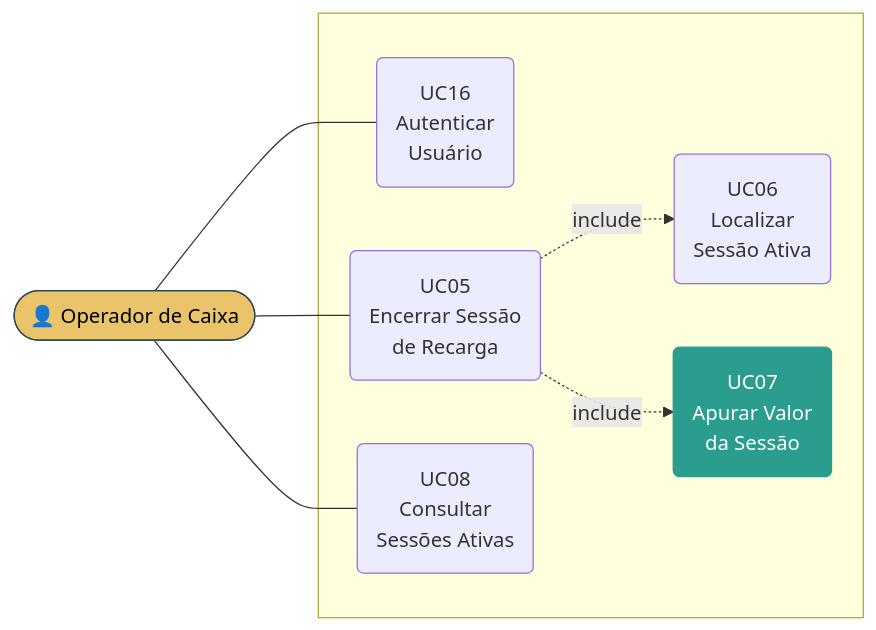
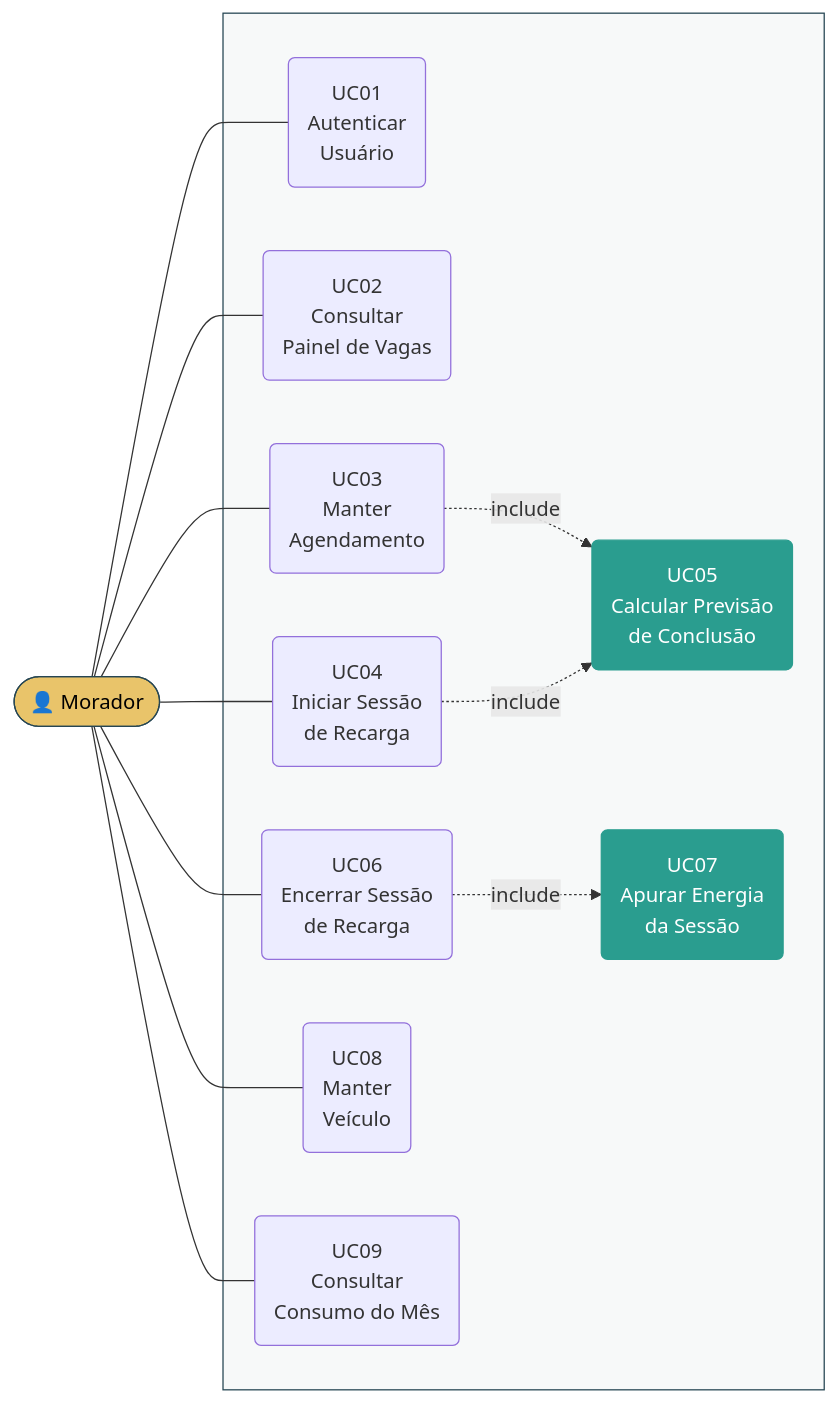
Before and after one commit to AndreMoreira00/CarregaJA: the second of 4 diagrams in 2.Analise e Design/CARREGAJA - Modelo de Caso de Uso.md, drawn with Mermaid. The commit also changed other lines of this file and 21 other files, not shown here.

````diff
--- a/2.Analise e Design/CARREGAJA - Modelo de Caso de Uso.md
+++ b/2.Analise e Design/CARREGAJA - Modelo de Caso de Uso.md
@@ -129,18 +111,30 @@
 ```mermaid
 flowchart LR
-    OPC(["👤 Operador de Caixa"])
+    MOR(["👤 Morador"])
     subgraph SIS[" "]
-        UC16("UC16<br/>Autenticar<br/>Usuário")
-        UC05("UC05<br/>Encerrar Sessão<br/>de Recarga")
-        UC06("UC06<br/>Localizar<br/>Sessão Ativa")
-        UC07("UC07<br/>Apurar Valor<br/>da Sessão")
-        UC08("UC08<br/>Consultar<br/>Sessões Ativas")
+        UC01("UC01<br/>Autenticar<br/>Usuário")
+        UC02("UC02<br/>Consultar<br/>Painel de Vagas")
+        UC03("UC03<br/>Manter<br/>Agendamento")
+        UC04("UC04<br/>Iniciar Sessão<br/>de Recarga")
+        UC05("UC05<br/>Calcular Previsão<br/>de Conclusão")
+        UC06("UC06<br/>Encerrar Sessão<br/>de Recarga")
+        UC07("UC07<br/>Apurar Energia<br/>da Sessão")
+        UC08("UC08<br/>Manter<br/>Veículo")
+        UC09("UC09<br/>Consultar<br/>Consumo do Mês")
     end
-    OPC --- UC16
-    OPC --- UC05
-    OPC --- UC08
-    UC05 -.->|include| UC06
-    UC05 -.->|include| UC07
-    style OPC fill:#e9c46a,stroke:#264653,color:#000
+    MOR --- UC01
+    MOR --- UC02
+    MOR --- UC03
+    MOR --- UC04
+    MOR --- UC06
+    MOR --- UC08
+    MOR --- UC09
+    UC03 -.->|include| UC05
+    UC04 -.->|include| UC05
+    UC06 -.->|include| UC07
+
+    style MOR fill:#e9c46a,stroke:#264653,color:#000
+    style SIS fill:#f7f9f9,stroke:#264653
+    style UC05 fill:#2a9d8f,stroke:#2a9d8f,color:#fff
     style UC07 fill:#2a9d8f,stroke:#2a9d8f,color:#fff
 ```
````
